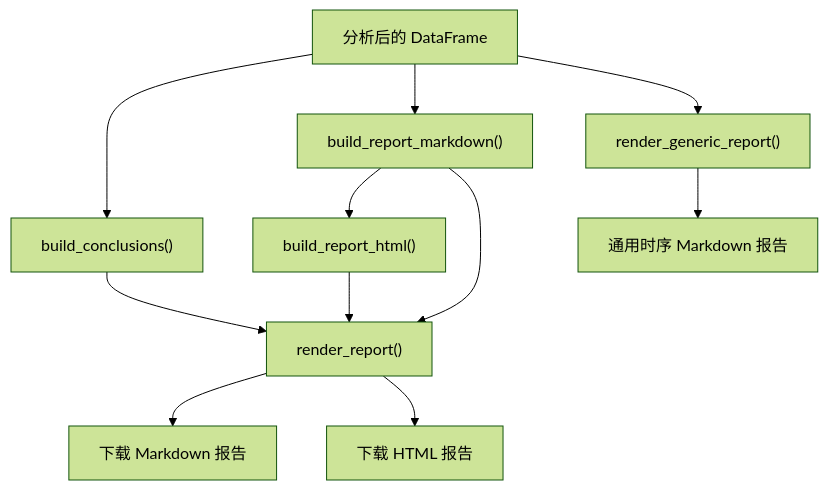
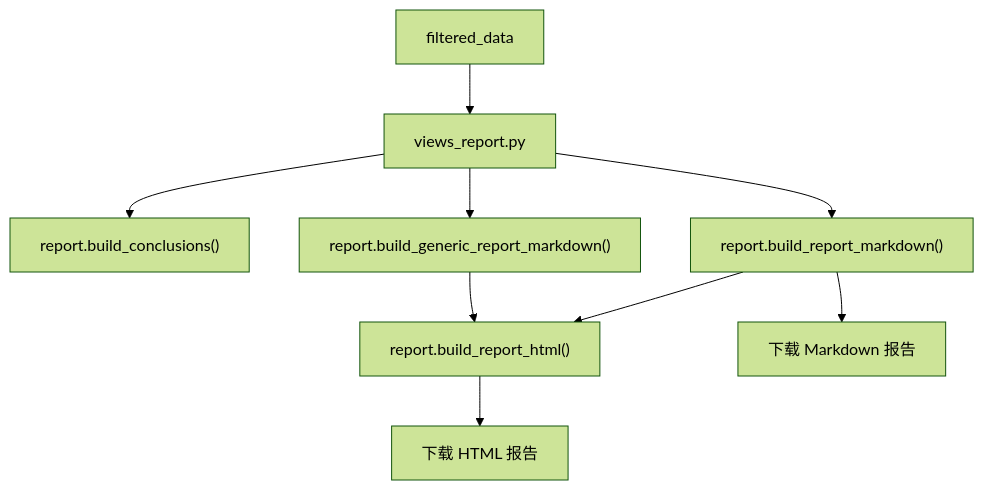
One commit to EthanCheung-gh/perf-analyzer changed the seventh of 9 diagrams in docs/code-map.md. Above: the diagram before and after it, drawn with Mermaid (forest theme). The commit also changed other lines of this file, not shown here.

Commit message:
docs: update code map for modular architecture

````diff
--- a/docs/code-map.md
+++ b/docs/code-map.md
@@ -212,16 +222,11 @@
 ```mermaid
 flowchart TD
-    Data["分析后的 DataFrame"] --> Conclusions["build_conclusions()"]
-    Data --> Markdown["build_report_markdown()"]
-    Markdown --> Html["build_report_html()"]
-
-    Conclusions --> RenderReport["render_report()"]
-    Markdown --> RenderReport
-    Html --> RenderReport
-
-    RenderReport --> MdDownload["下载 Markdown 报告"]
-    RenderReport --> HtmlDownload["下载 HTML 报告"]
-
-    Data --> GenericReport["render_generic_report()"]
-    GenericReport --> GenericMarkdown["通用时序 Markdown 报告"]
+    Data["filtered_data"] --> ReportView["views_report.py"]
+    ReportView --> Conclusions["report.build_conclusions()"]
+    ReportView --> Markdown["report.build_report_markdown()"]
+    ReportView --> GenericMarkdown["report.build_generic_report_markdown()"]
+    Markdown --> Html["report.build_report_html()"]
+    GenericMarkdown --> Html
+    Html --> DownloadHtml["下载 HTML 报告"]
+    Markdown --> DownloadMarkdown["下载 Markdown 报告"]
 ```
````
